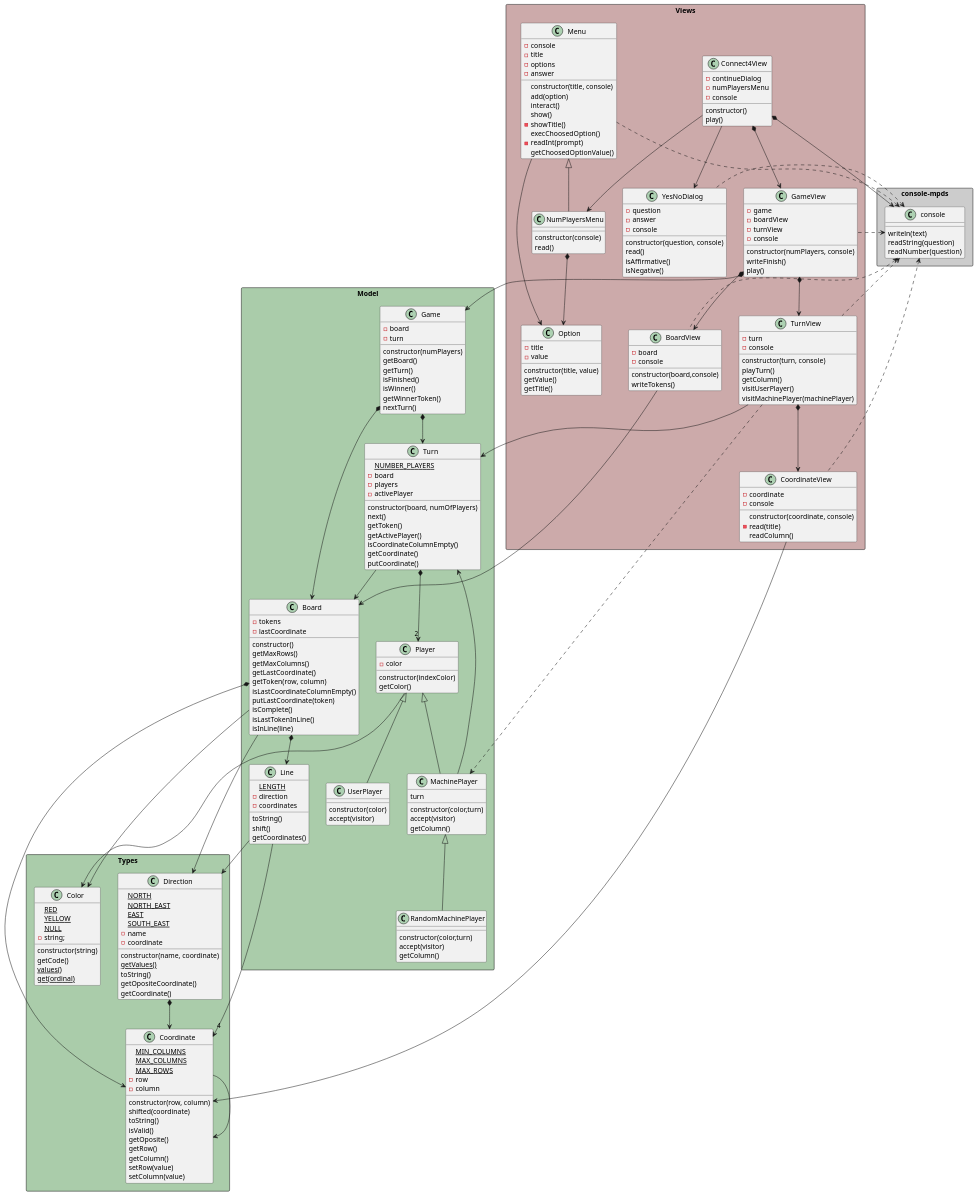
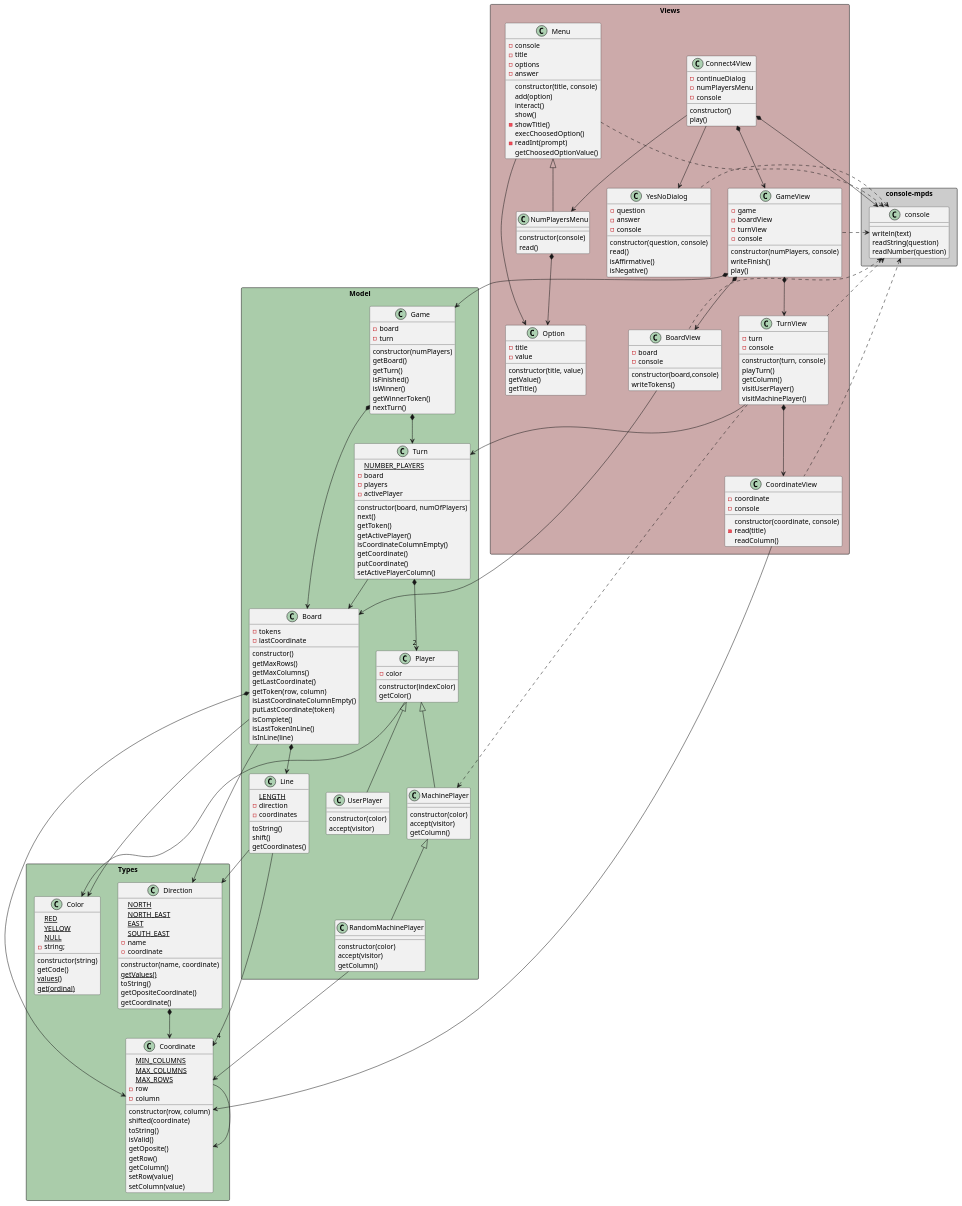
One commit to mpaulaherrero/escuelaIT changed the diagram in game-connect4/docs/diagrams/objectOriented/classNotation/class diagram.plantuml. Above: the diagram before and after it, drawn with PlantUML. The commit also changed 6 other files, not shown here.

Commit message:
eliminar ciclo con player y turn

```diff
--- a/game-connect4/docs/diagrams/objectOriented/classNotation/class diagram.plantuml
+++ b/game-connect4/docs/diagrams/objectOriented/classNotation/class diagram.plantuml
@@ -102,14 +102,13 @@
     }
 
     class MachinePlayer extends Player{
-        turn
-        constructor(color,turn)
+        constructor(color)
         accept(visitor)    
         getColumn()
     }    
 
     class RandomMachinePlayer extends MachinePlayer{
-        constructor(color,turn)
+        constructor(color)
         accept(visitor)    
         getColumn()
     }  
@@ -126,6 +125,7 @@
         isCoordinateColumnEmpty()
         getCoordinate()
         putCoordinate()
+        setActivePlayerColumn()
     }
 }
 
@@ -170,7 +170,7 @@
         playTurn()
         getColumn()
         visitUserPlayer()
-        visitMachinePlayer(machinePlayer)
+        visitMachinePlayer()
     }
 
     class YesNoDialog {
@@ -229,7 +229,7 @@
 
 Player -down-> Color
 
-MachinePlayer --> Turn
+RandomMachinePlayer --> Coordinate
 
 Turn *-down-> "2" Player
 Turn -down-> Board
```
